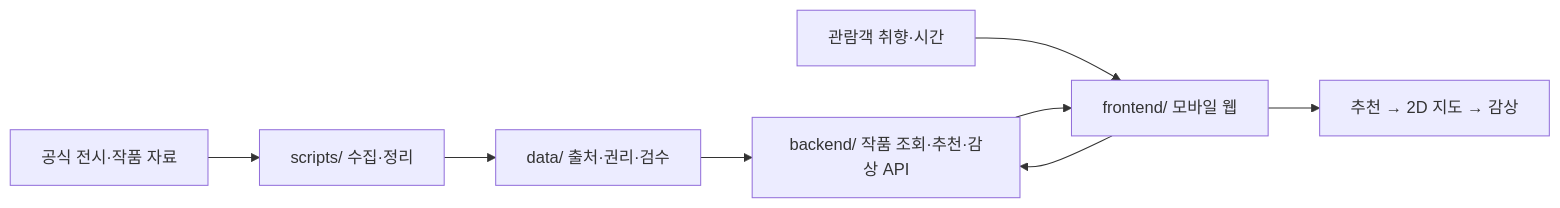
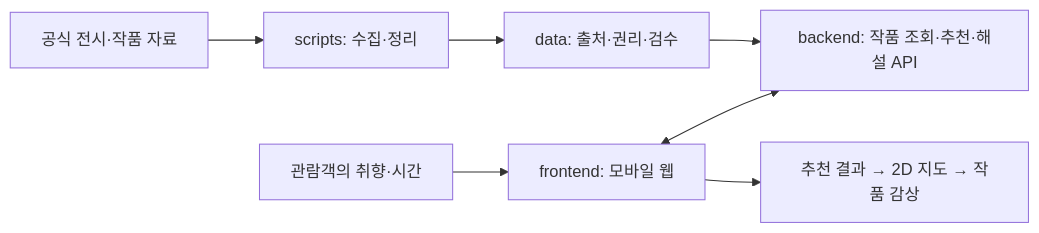
One commit to 2026-2-zolp/arti changed the first of 2 diagrams in README.md. Above: the diagram before and after it, drawn with Mermaid. The commit also changed other lines of this file and 17 other files, not shown here.

````diff
--- a/README.md
+++ b/README.md
@@ -45,10 +69,9 @@
 ```mermaid
 flowchart LR
-  A["공식 전시·작품 자료"] --> B["scripts/ 수집·정리"]
-  B --> C["data/ 출처·권리·검수"]
-  C --> D["backend/ 작품 조회·추천·감상 API"]
-  U["관람객 취향·시간"] --> E["frontend/ 모바일 웹"]
-  E --> D
-  D --> E
-  E --> F["추천 → 2D 지도 → 감상"]
+  A["공식 전시·작품 자료"] --> B["scripts: 수집·정리"]
+  B --> C["data: 출처·권리·검수"]
+  C --> D["backend: 작품 조회·추천·해설 API"]
+  U["관람객의 취향·시간"] --> F["frontend: 모바일 웹"]
+  F <--> D
+  F --> X["추천 결과 → 2D 지도 → 작품 감상"]
 ```
````
